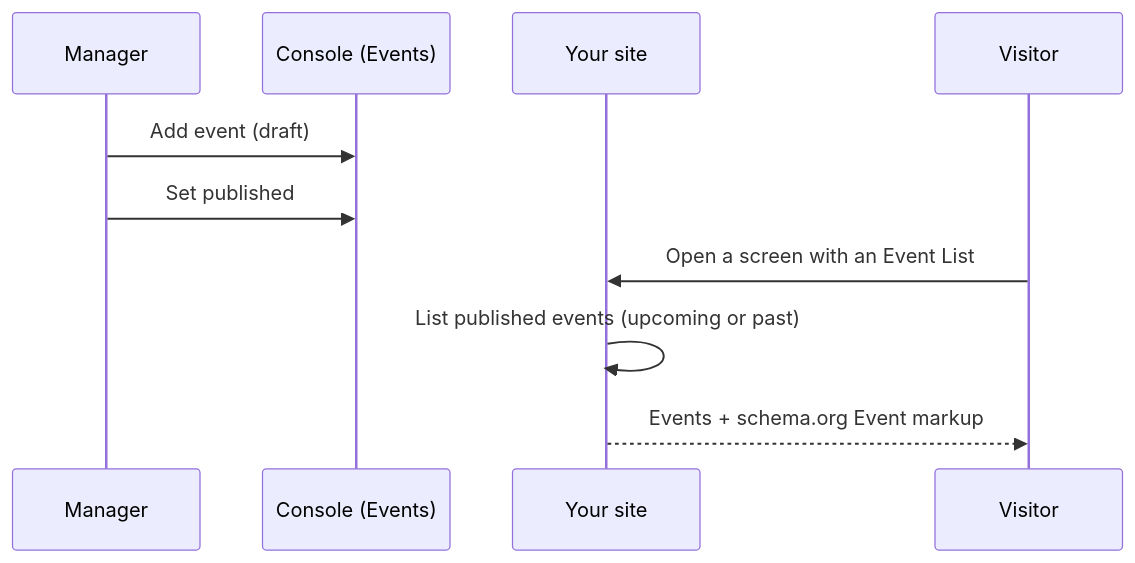
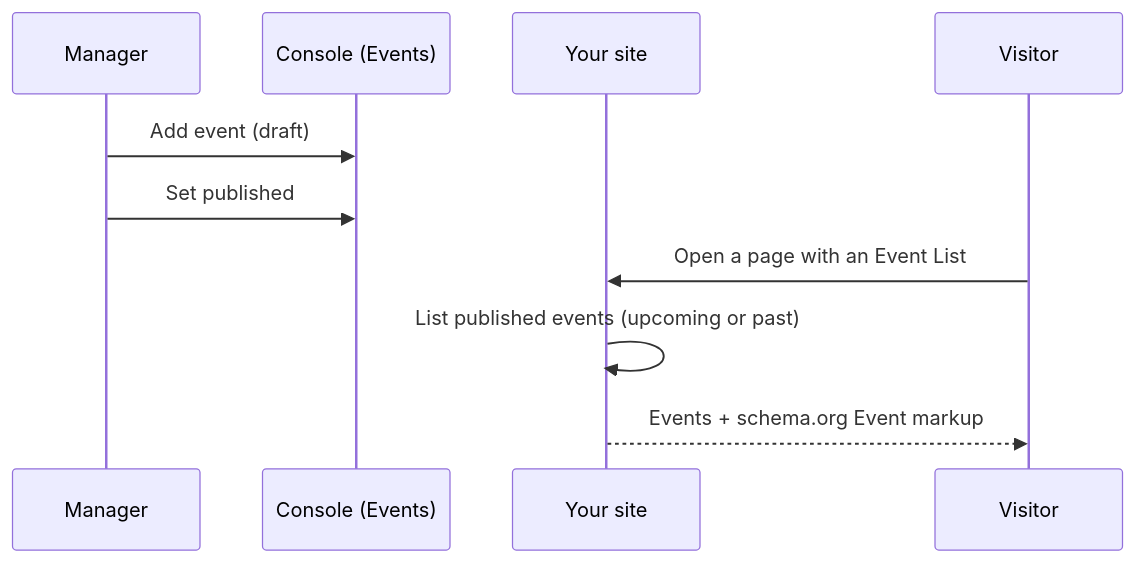
Before and after one commit to aglyn/aglyn: the diagram in apps/docs/docs/content-and-data/events/overview.md, drawn with Mermaid. The commit also changed other lines of this file and 319 other files, not shown here.

````diff
--- a/apps/docs/docs/content-and-data/events/overview.md
+++ b/apps/docs/docs/content-and-data/events/overview.md
@@ -13,12 +13,12 @@
 ```mermaid
 sequenceDiagram
   participant M as Manager
   participant C as Console (Events)
   participant S as Your site
   participant V as Visitor
   M->>C: Add event (draft)
   M->>C: Set published
-  V->>S: Open a screen with an Event List
+  V->>S: Open a page with an Event List
   S->>S: List published events (upcoming or past)
   S-->>V: Events + schema.org Event markup
 ```
````
